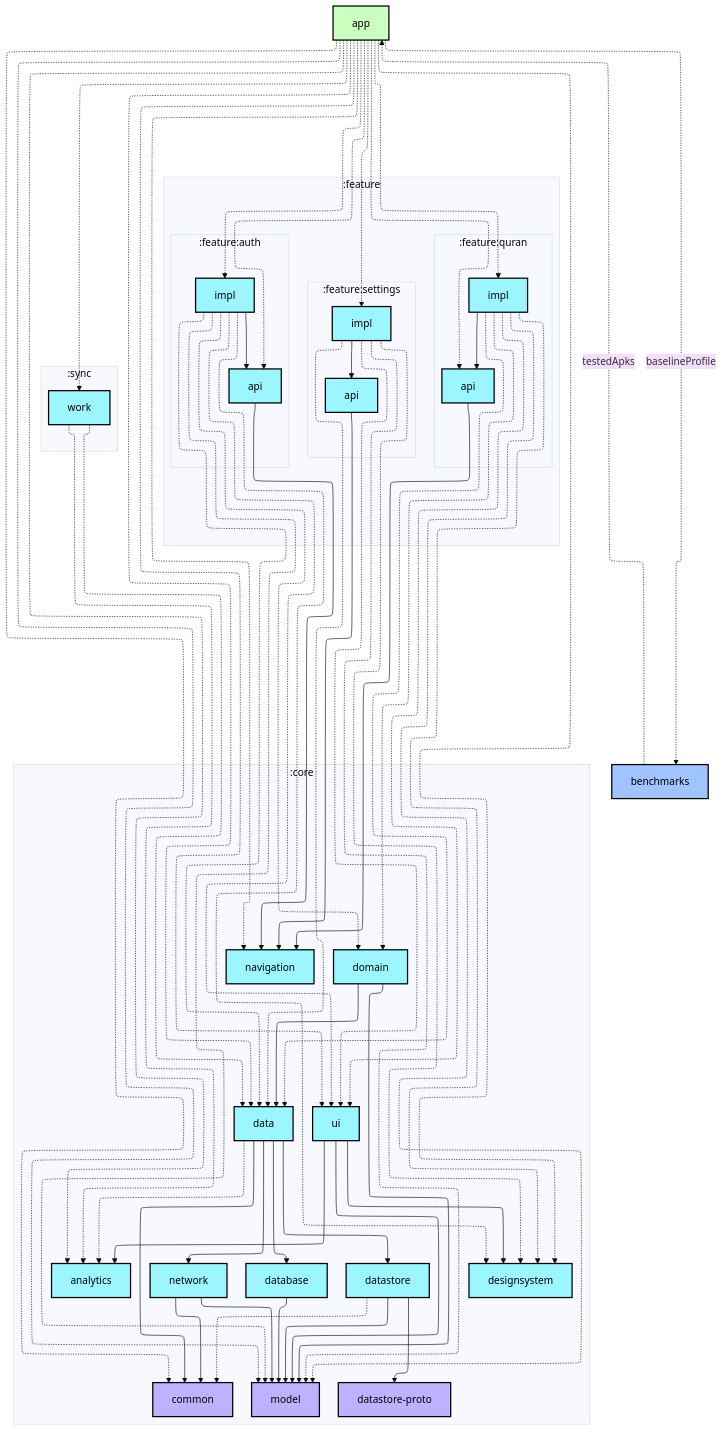
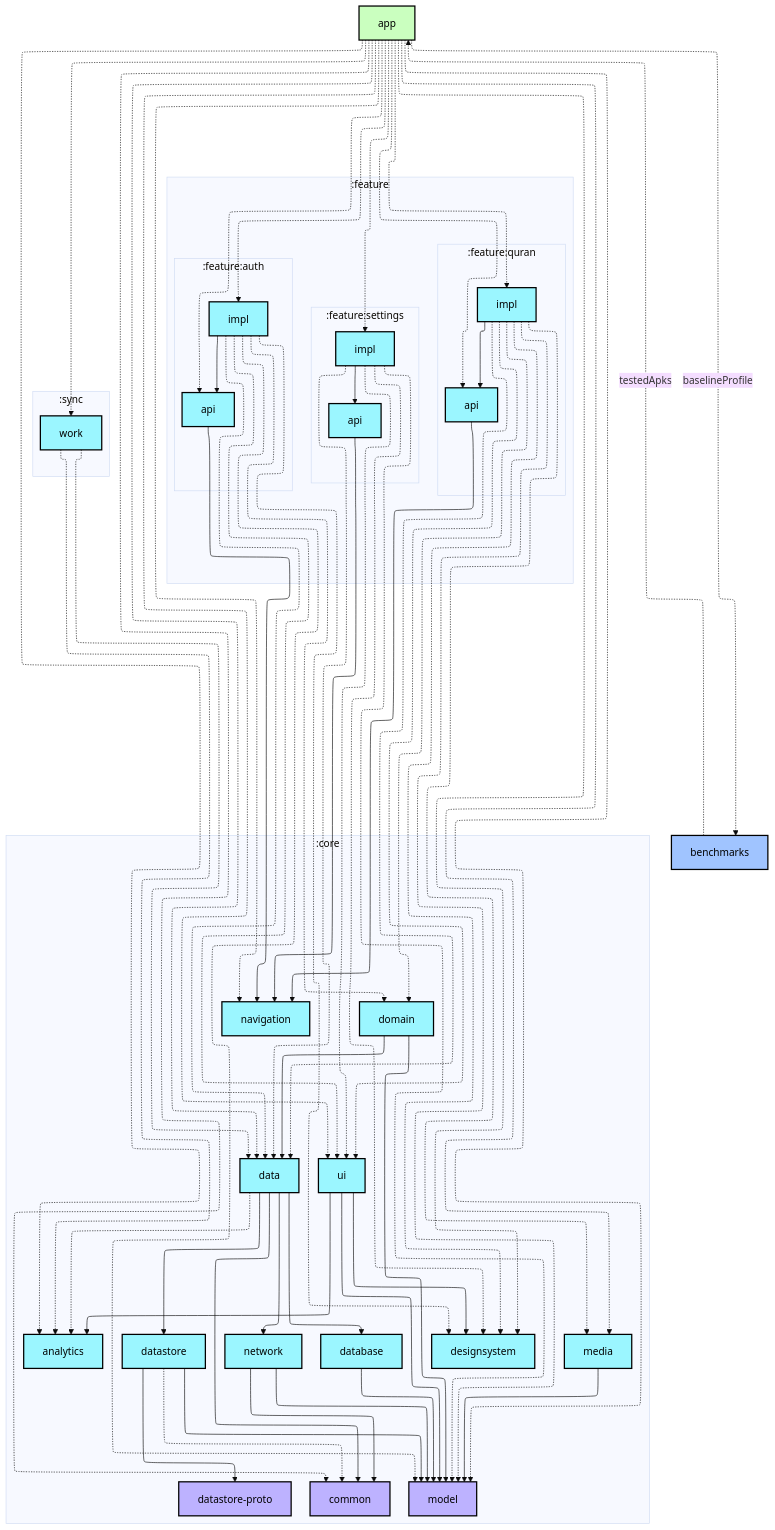
The first of 2 diagrams in app/README.md (alfariesh/surau-android), drawn with Mermaid (base theme) before and after one commit. The commit also changed 3 other files, not shown here.

Commit message:
Regenerate module dependency graphs for core:media

```diff
--- a/app/README.md
+++ b/app/README.md
@@ -43,6 +43,7 @@
     :core:datastore-proto[datastore-proto]:::jvm-library
     :core:designsystem[designsystem]:::android-library
     :core:domain[domain]:::android-library
+    :core:media[media]:::android-library
     :core:model[model]:::jvm-library
     :core:navigation[navigation]:::android-library
     :core:network[network]:::android-library
@@ -56,6 +57,7 @@
   :app -.-> :core:common
   :app -.-> :core:data
   :app -.-> :core:designsystem
+  :app -.-> :core:media
   :app -.-> :core:model
   :app -.-> :core:navigation
   :app -.-> :core:ui
@@ -77,6 +79,7 @@
   :core:datastore --> :core:model
   :core:domain --> :core:data
   :core:domain --> :core:model
+  :core:media --> :core:model
   :core:network --> :core:common
   :core:network --> :core:model
   :core:ui --> :core:analytics
@@ -93,6 +96,7 @@
   :feature:quran:impl -.-> :core:data
   :feature:quran:impl -.-> :core:designsystem
   :feature:quran:impl -.-> :core:domain
+  :feature:quran:impl -.-> :core:media
   :feature:quran:impl -.-> :core:model
   :feature:quran:impl -.-> :core:ui
   :feature:quran:impl --> :feature:quran:api
```
